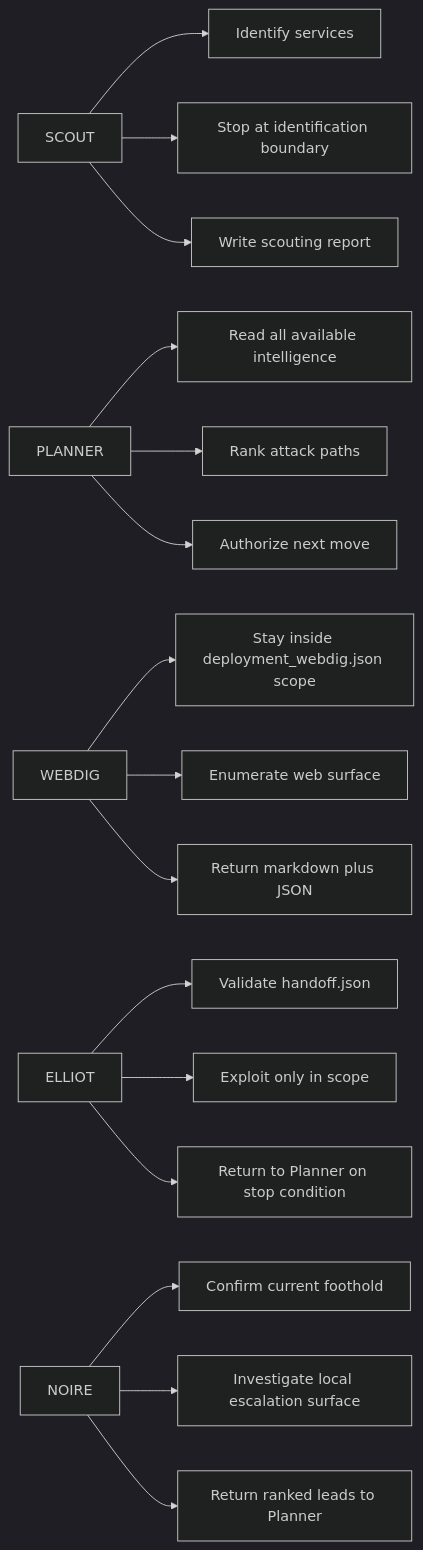
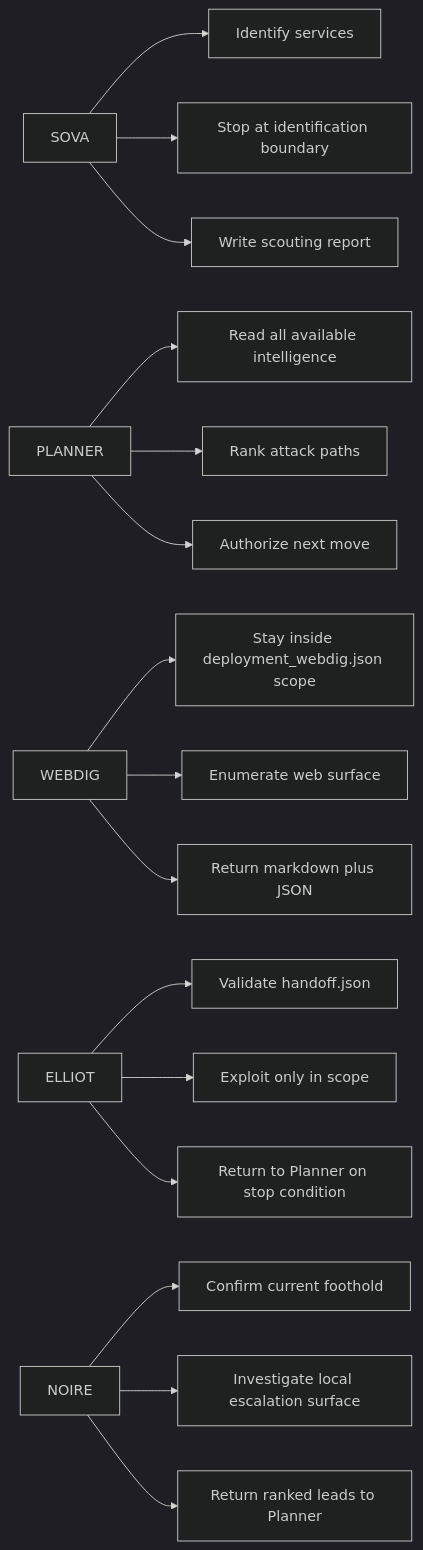
Before and after one commit to K3m1st/IRONTHREAD: the fourth of 8 diagrams in docs/INFRA_WIREFRAME.md, drawn with Mermaid (dark theme). The commit also changed other lines of this file and 22 other files, not shown here.

First line of the commit message:
SCOUT → SOVA rename + remove stale docs

````diff
--- a/docs/INFRA_WIREFRAME.md
+++ b/docs/INFRA_WIREFRAME.md
@@ -102,22 +102,22 @@
 ```mermaid
 flowchart LR
-    A["SCOUT"] --> A1["Identify services"]
+    A["SOVA"] --> A1["Identify services"]
     A --> A2["Stop at identification boundary"]
     A --> A3["Write scouting report"]
 
     B["PLANNER"] --> B1["Read all available intelligence"]
     B --> B2["Rank attack paths"]
     B --> B3["Authorize next move"]
 
     C["WEBDIG"] --> C1["Stay inside deployment_webdig.json scope"]
     C --> C2["Enumerate web surface"]
     C --> C3["Return markdown plus JSON"]
 
     D["ELLIOT"] --> D1["Validate handoff.json"]
     D --> D2["Exploit only in scope"]
     D --> D3["Return to Planner on stop condition"]
 
     E["NOIRE"] --> E1["Confirm current foothold"]
     E --> E2["Investigate local escalation surface"]
     E --> E3["Return ranked leads to Planner"]
 ```
````
